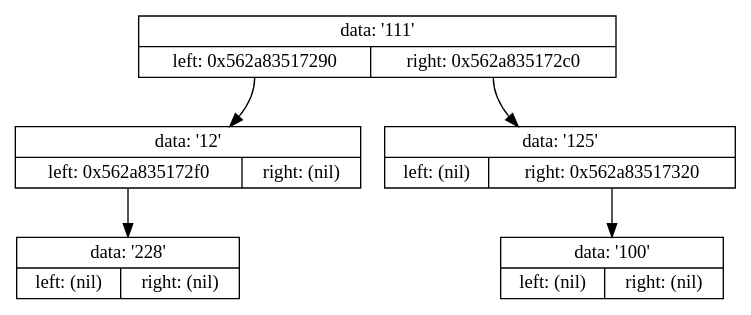
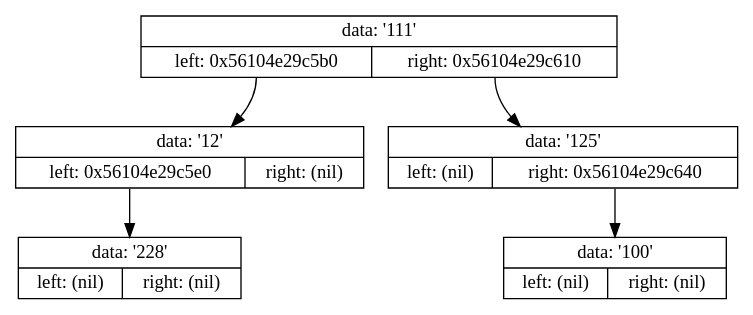
The diagram in Projects/6.Binary_Tree/tmp/tempautogeneratedlog.gv (Shishqa/MIPT_1sem_C_lang), drawn with Graphviz before and after one commit. The commit also changed 9 other files, not shown here.

```diff
--- a/Projects/6.Binary_Tree/tmp/tempautogeneratedlog.gv
+++ b/Projects/6.Binary_Tree/tmp/tempautogeneratedlog.gv
@@ -1,13 +1,13 @@
 digraph dump
 {
-	node0x562a83517260 [shape = "record", label = "{<f1>data: '111'|{<f2>left: 0x562a83517290|<f3>right: 0x562a835172c0}}"];
-	node0x562a83517290 [shape = "record", label = "{<f1>data: '12'|{<f2>left: 0x562a835172f0|<f3>right: (nil)}}"];
-	node0x562a835172f0 [shape = "record", label = "{<f1>data: '228'|{<f2>left: (nil)|<f3>right: (nil)}}"];
-	node0x562a83517290:f2 -> node0x562a835172f0
-	node0x562a83517260:f2 -> node0x562a83517290
-	node0x562a835172c0 [shape = "record", label = "{<f1>data: '125'|{<f2>left: (nil)|<f3>right: 0x562a83517320}}"];
-	node0x562a83517320 [shape = "record", label = "{<f1>data: '100'|{<f2>left: (nil)|<f3>right: (nil)}}"];
-	node0x562a835172c0:f3 -> node0x562a83517320
-	node0x562a83517260:f3 -> node0x562a835172c0
+	node0x56104e29c580 [shape = "record", label = "{<f1>data: '111'|{<f2>left: 0x56104e29c5b0|<f3>right: 0x56104e29c610}}"];
+	node0x56104e29c5b0 [shape = "record", label = "{<f1>data: '12'|{<f2>left: 0x56104e29c5e0|<f3>right: (nil)}}"];
+	node0x56104e29c5e0 [shape = "record", label = "{<f1>data: '228'|{<f2>left: (nil)|<f3>right: (nil)}}"];
+	node0x56104e29c5b0:f2 -> node0x56104e29c5e0
+	node0x56104e29c580:f2 -> node0x56104e29c5b0
+	node0x56104e29c610 [shape = "record", label = "{<f1>data: '125'|{<f2>left: (nil)|<f3>right: 0x56104e29c640}}"];
+	node0x56104e29c640 [shape = "record", label = "{<f1>data: '100'|{<f2>left: (nil)|<f3>right: (nil)}}"];
+	node0x56104e29c610:f3 -> node0x56104e29c640
+	node0x56104e29c580:f3 -> node0x56104e29c610
 
 }
```
